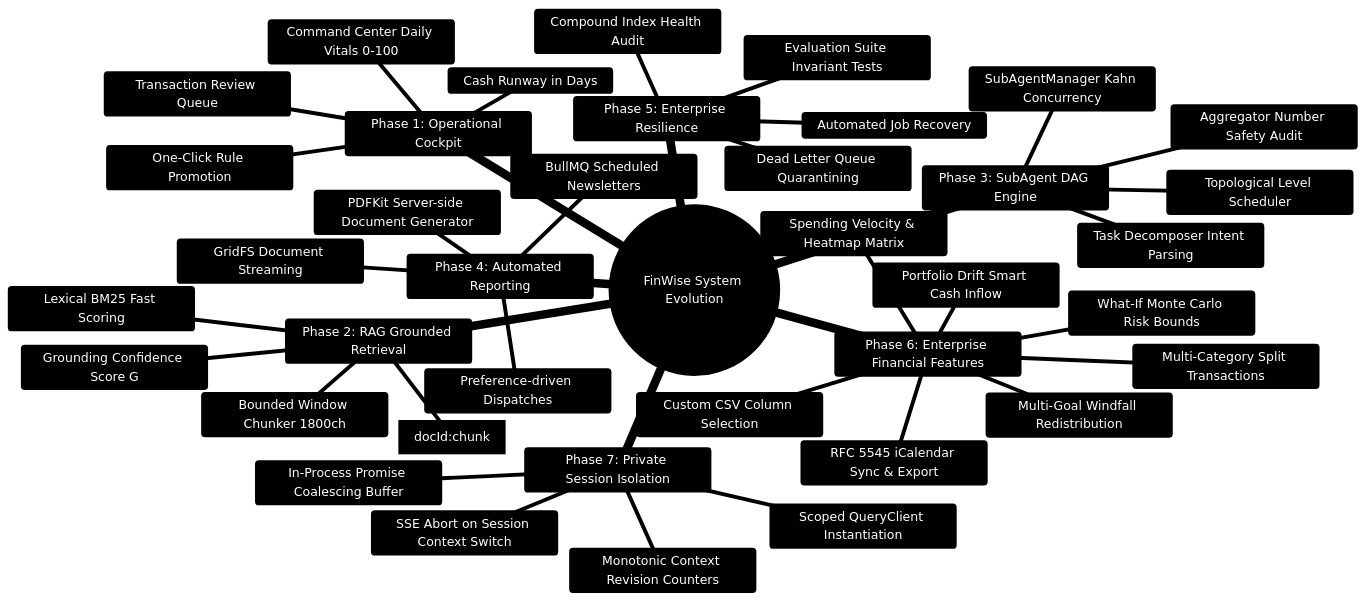
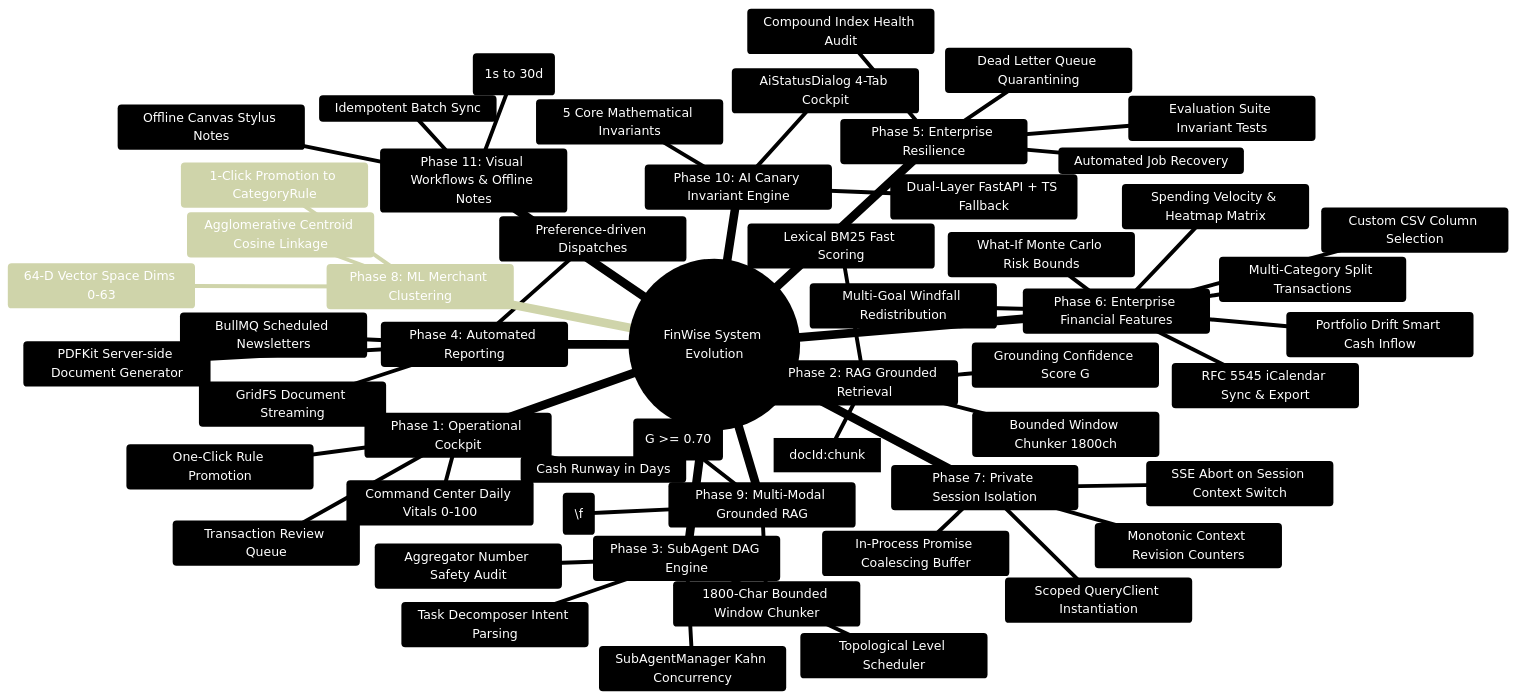
The first of 2 diagrams in walkthrough.md (Ganesh172919/personal-finance), drawn with Mermaid before and after one commit. The commit also changed other lines of this file and 1026 other files, not shown here.

````diff
--- a/walkthrough.md
+++ b/walkthrough.md
@@ -15,43 +15,59 @@
 ```mermaid
 %%{init: {'theme': 'base', 'themeVariables': { 'primaryColor': '#1e293b', 'primaryTextColor': '#ffffff', 'primaryBorderColor': '#3b82f6', 'lineColor': '#60a5fa', 'secondaryColor': '#0f172a', 'tertiaryColor': '#1e1e2e'}}}%%
 mindmap
   root((FinWise System Evolution))
     Phase 1: Operational Cockpit
       Command Center Daily Vitals 0-100
       Cash Runway in Days
       Transaction Review Queue
       One-Click Rule Promotion
     Phase 2: RAG Grounded Retrieval
       Bounded Window Chunker 1800ch
       Lexical BM25 Fast Scoring
       Grounding Confidence Score G
       Verifiable Citations [docId:chunk]
     Phase 3: SubAgent DAG Engine
       Task Decomposer Intent Parsing
       SubAgentManager Kahn Concurrency
       Topological Level Scheduler
       Aggregator Number Safety Audit
     Phase 4: Automated Reporting
       BullMQ Scheduled Newsletters
       Preference-driven Dispatches
       PDFKit Server-side Document Generator
       GridFS Document Streaming
     Phase 5: Enterprise Resilience
       Dead Letter Queue Quarantining
       Automated Job Recovery
       Compound Index Health Audit
       Evaluation Suite Invariant Tests
     Phase 6: Enterprise Financial Features
       Custom CSV Column Selection
       RFC 5545 iCalendar Sync & Export
       Multi-Goal Windfall Redistribution
       Portfolio Drift Smart Cash Inflow
       What-If Monte Carlo Risk Bounds
       Multi-Category Split Transactions
       Spending Velocity & Heatmap Matrix
     Phase 7: Private Session Isolation
       Scoped QueryClient Instantiation
       Monotonic Context Revision Counters
       SSE Abort on Session Context Switch
       In-Process Promise Coalescing Buffer
+    Phase 8: ML Merchant Clustering
+      64-D Vector Space Dims 0-63
+      Agglomerative Centroid Cosine Linkage
+      1-Click Promotion to CategoryRule
+    Phase 9: Multi-Modal Grounded RAG
+      1800-Char Bounded Window Chunker
+      PDF Form-Feed Parity (\f)
+      BM25 + Dense Cosine (G >= 0.70)
+    Phase 10: AI Canary Invariant Engine
+      5 Core Mathematical Invariants
+      Dual-Layer FastAPI + TS Fallback
+      AiStatusDialog 4-Tab Cockpit
+    Phase 11: Visual Workflows & Offline Notes
+      BullMQ Delay Sweeper (1s to 30d)
+      Offline Canvas Stylus Notes
+      Idempotent Batch Sync
 ```
````
